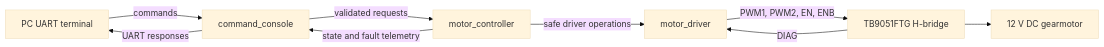
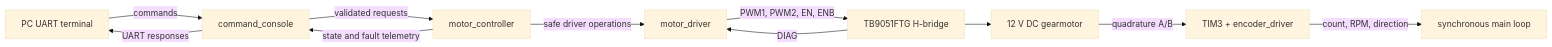
Before and after one commit to gelassal/Fault-Tolerant-STM32-Motor-Controller: the diagram in docs/architecture.md, drawn with Mermaid (base theme). The commit also changed other lines of this file and 16 other files, not shown here.

Commit message:
Add TIM3 encoder measurement and dynamic UART status

````diff
--- a/docs/architecture.md
+++ b/docs/architecture.md
@@ -5,11 +5,13 @@
 ```mermaid
 flowchart LR
     Host["PC UART terminal"] -->|"commands"| Console["command_console"]
     Console -->|"validated requests"| Controller["motor_controller"]
     Controller -->|"safe driver operations"| Driver["motor_driver"]
     Driver -->|"PWM1, PWM2, EN, ENB"| Bridge["TB9051FTG H-bridge"]
     Bridge --> Motor["12 V DC gearmotor"]
     Bridge -->|"DIAG"| Driver
+    Motor -->|"quadrature A/B"| Encoder["TIM3 + encoder_driver"]
+    Encoder -->|"count, RPM, direction"| Main["synchronous main loop"]
     Controller -->|"state and fault telemetry"| Console
     Console -->|"UART responses"| Host
 ```
````
